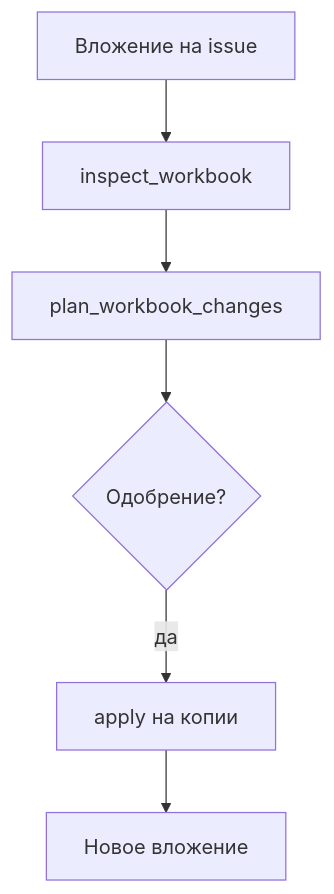
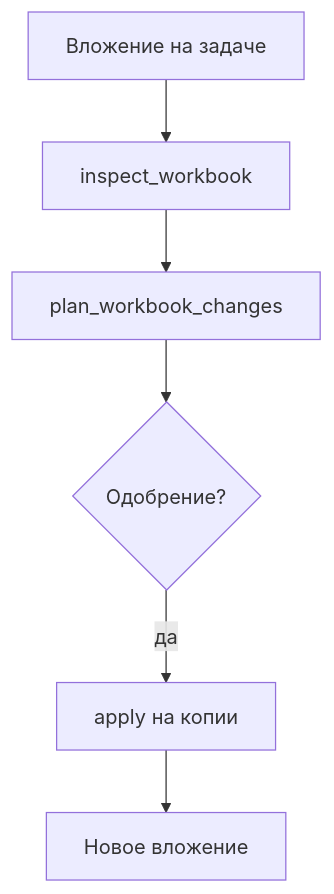
One commit to Dmitriion/datagent-docs changed the diagram in docs/guides/07-documents.md. Above: the diagram before and after it, drawn with Mermaid. The commit also changed other lines of this file and 11 other files, not shown here.

````diff
--- a/docs/guides/07-documents.md
+++ b/docs/guides/07-documents.md
@@ -36,8 +34,8 @@
 ```mermaid
 flowchart TB
-  Attach[Вложение на issue] --> Inspect[inspect_workbook]
+  Attach[Вложение на задаче] --> Inspect[inspect_workbook]
   Inspect --> Plan[plan_workbook_changes]
   Plan --> Appr{Одобрение?}
   Appr -->|да| Apply[apply на копии]
   Apply --> Out[Новое вложение]
 ```
````
